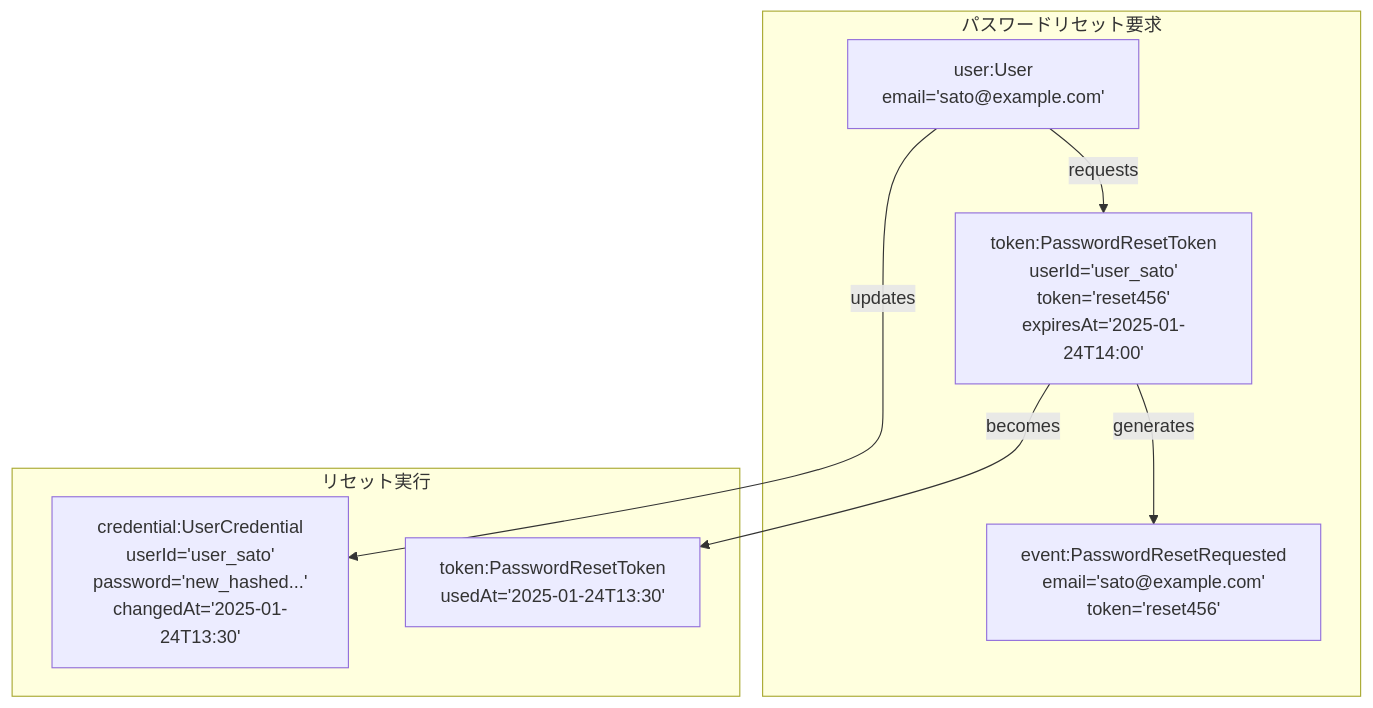
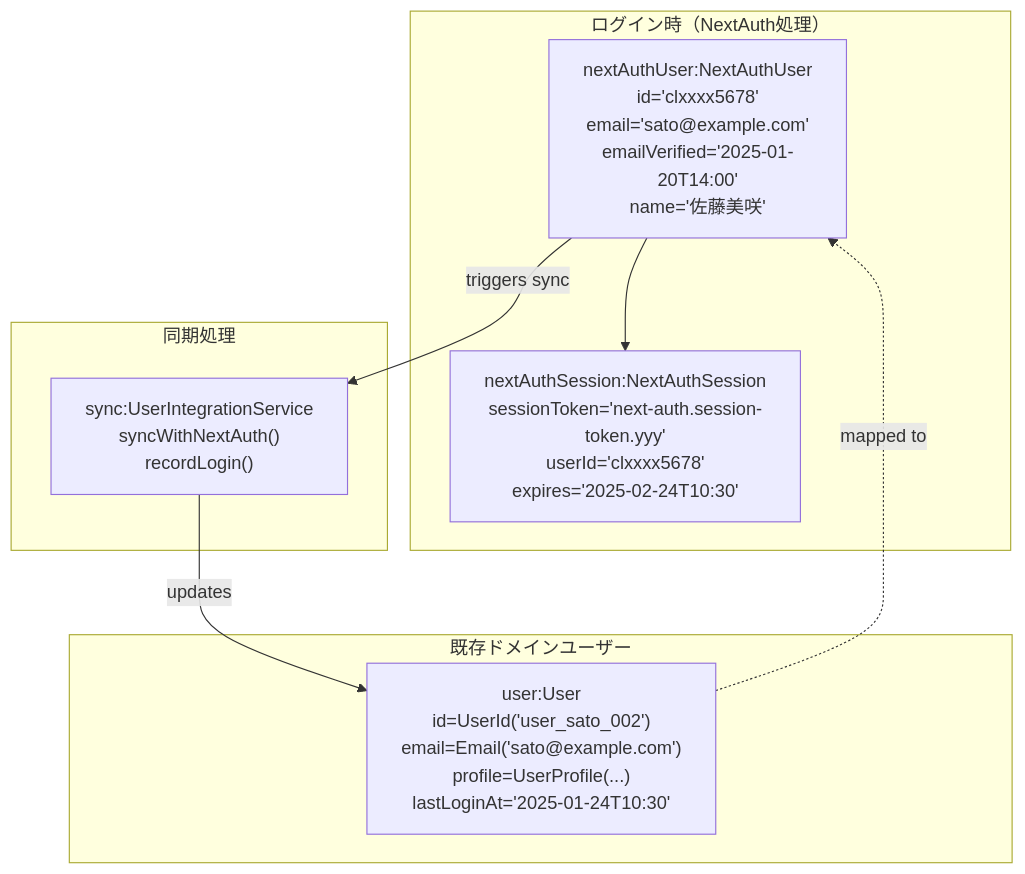
One commit to komei0727/all_in_one changed the fifth of 7 diagrams in docs/domain/contexts/user-authentication/sudo-modeling.md. Above: the diagram before and after it, drawn with Mermaid. The commit also changed other lines of this file and 16 other files, not shown here.

````diff
--- a/docs/domain/contexts/user-authentication/sudo-modeling.md
+++ b/docs/domain/contexts/user-authentication/sudo-modeling.md
@@ -250,18 +352,20 @@
 ```mermaid
 graph TB
-    subgraph "パスワードリセット要求"
-        USER["user:User<br/>email='sato@example.com'"]
-        RESET_TOKEN["token:PasswordResetToken<br/>userId='user_sato'<br/>token='reset456'<br/>expiresAt='2025-01-24T14:00'"]
-        EMAIL_EVENT["event:PasswordResetRequested<br/>email='sato@example.com'<br/>token='reset456'"]
+    subgraph "ログイン時（NextAuth処理）"
+        NA_USER2["nextAuthUser:NextAuthUser<br/>id='clxxxx5678'<br/>email='sato@example.com'<br/>emailVerified='2025-01-20T14:00'<br/>name='佐藤美咲'"]
+        NA_SESSION2["nextAuthSession:NextAuthSession<br/>sessionToken='next-auth.session-token.yyy'<br/>userId='clxxxx5678'<br/>expires='2025-02-24T10:30'"]
     end
 
-    subgraph "リセット実行"
-        NEW_CRED["credential:UserCredential<br/>userId='user_sato'<br/>password='new_hashed...'<br/>changedAt='2025-01-24T13:30'"]
-        USED_TOKEN["token:PasswordResetToken<br/>usedAt='2025-01-24T13:30'"]
+    subgraph "既存ドメインユーザー"
+        USER2["user:User<br/>id=UserId('user_sato_002')<br/>email=Email('sato@example.com')<br/>profile=UserProfile(...)<br/>lastLoginAt='2025-01-24T10:30'"]
     end
 
-    USER -->|requests| RESET_TOKEN
-    RESET_TOKEN -->|generates| EMAIL_EVENT
-    RESET_TOKEN -->|becomes| USED_TOKEN
-    USER -->|updates| NEW_CRED
+    subgraph "同期処理"
+        SYNC["sync:UserIntegrationService<br/>syncWithNextAuth()<br/>recordLogin()"]
+    end
+
+    NA_USER2 --> NA_SESSION2
+    NA_USER2 -->|triggers sync| SYNC
+    SYNC -->|updates| USER2
+    USER2 -.->|mapped to| NA_USER2
 ```
````
